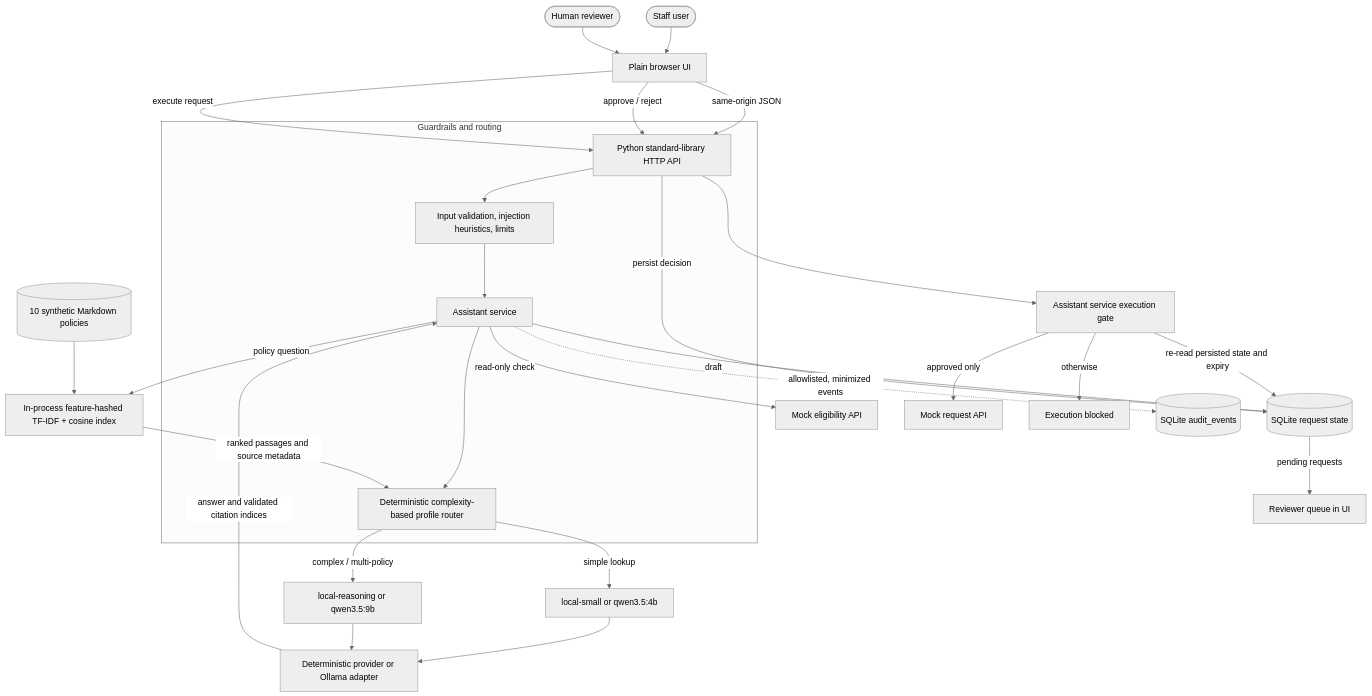
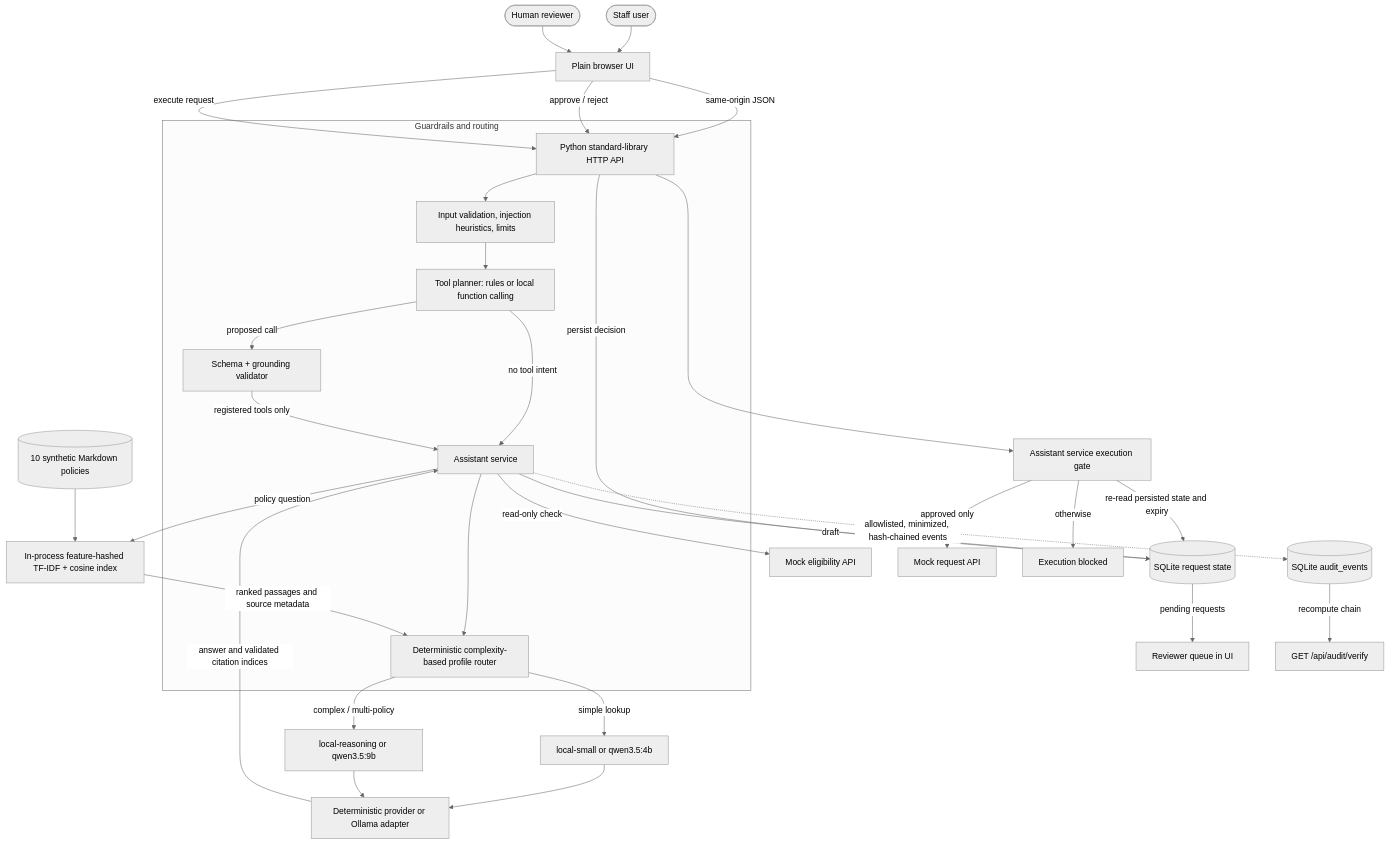
Before and after one commit to saoudhaidar/ai-executive: the diagram in README.md, drawn with Mermaid (neutral theme). The commit also changed other lines of this file and 4 other files, not shown here.

First line of the commit message:
Document governance controls, tool planning, and audit integrity

````diff
--- a/README.md
+++ b/README.md
@@ -19,34 +28,38 @@
 ```mermaid
 flowchart TD
     Staff([Staff user]) --> UI[Plain browser UI]
     Reviewer([Human reviewer]) --> UI
     UI -->|same-origin JSON| API[Python standard-library HTTP API]
 
     subgraph Guardrails and routing
         API --> InputCheck[Input validation, injection heuristics, limits]
-        InputCheck --> Service[Assistant service]
+        InputCheck --> Planner[Tool planner: rules or local function calling]
+        Planner -->|no tool intent| Service[Assistant service]
+        Planner -->|proposed call| Validator[Schema + grounding validator]
+        Validator -->|registered tools only| Service
         Service --> Router[Deterministic complexity-based profile router]
     end
 
     Service -->|policy question| Index[In-process feature-hashed TF-IDF + cosine index]
     Policies[(10 synthetic Markdown policies)] --> Index
     Index -->|ranked passages and source metadata| Router
     Router -->|simple lookup| Small[local-small or qwen3.5:4b]
     Router -->|complex / multi-policy| Reasoning[local-reasoning or qwen3.5:9b]
     Small --> Provider[Deterministic provider or Ollama adapter]
     Reasoning --> Provider
     Provider -->|answer and validated citation indices| Service
 
     Service -->|read-only check| Eligibility[Mock eligibility API]
     Service -->|draft| Workflow[(SQLite request state)]
     Workflow -->|pending requests| Queue[Reviewer queue in UI]
     UI -->|approve / reject| API
     API -->|persist decision| Workflow
     UI -->|execute request| API
     API --> Execute[Assistant service execution gate]
     Execute -->|re-read persisted state and expiry| Workflow
     Execute -->|approved only| RequestAPI[Mock request API]
     Execute -->|otherwise| Block[Execution blocked]
 
-    Service -. allowlisted, minimized events .-> Audit[(SQLite audit_events)]
+    Service -. allowlisted, minimized, hash-chained events .-> Audit[(SQLite audit_events)]
+    Audit -->|recompute chain| Verify[GET /api/audit/verify]
 ```
````
